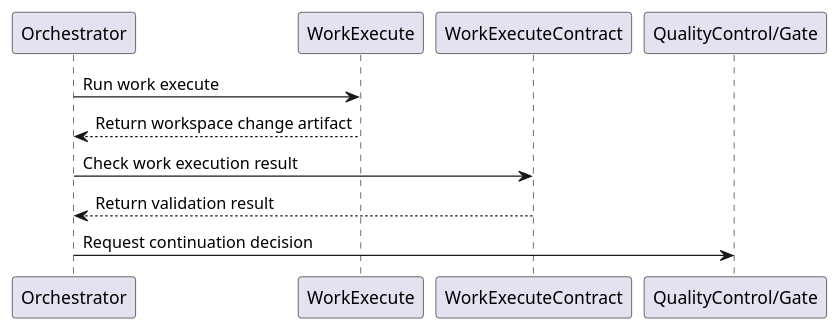
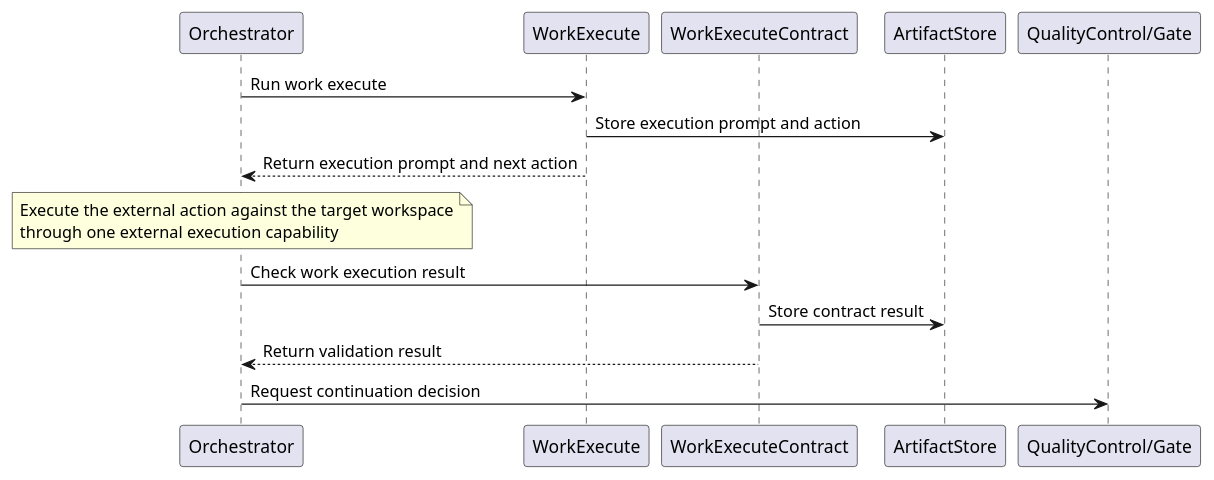
The second of 4 diagrams in project_layer/docs/breakdown_docs/work_execute.md (lucky-chen/ai_workflow_travel), drawn with PlantUML before and after one commit. The commit also changed other lines of this file and 16 other files, not shown here.

````diff
--- a/project_layer/docs/breakdown_docs/work_execute.md
+++ b/project_layer/docs/breakdown_docs/work_execute.md
@@ -89,14 +89,21 @@
 ```plantuml
 @startuml
 participant Orchestrator
 participant WorkExecute
 participant WorkExecuteContract
+participant ArtifactStore
 participant "QualityControl/Gate" as Gate
 
 Orchestrator -> WorkExecute: Run work execute
-WorkExecute --> Orchestrator: Return workspace change artifact
+WorkExecute -> ArtifactStore: Store execution prompt and action
+WorkExecute --> Orchestrator: Return execution prompt and next action
+note over Orchestrator
+  Execute the external action against the target workspace
+  through one external execution capability
+end note
 Orchestrator -> WorkExecuteContract: Check work execution result
+WorkExecuteContract -> ArtifactStore: Store contract result
 WorkExecuteContract --> Orchestrator: Return validation result
 Orchestrator -> Gate: Request continuation decision
 @enduml
 ```
````
